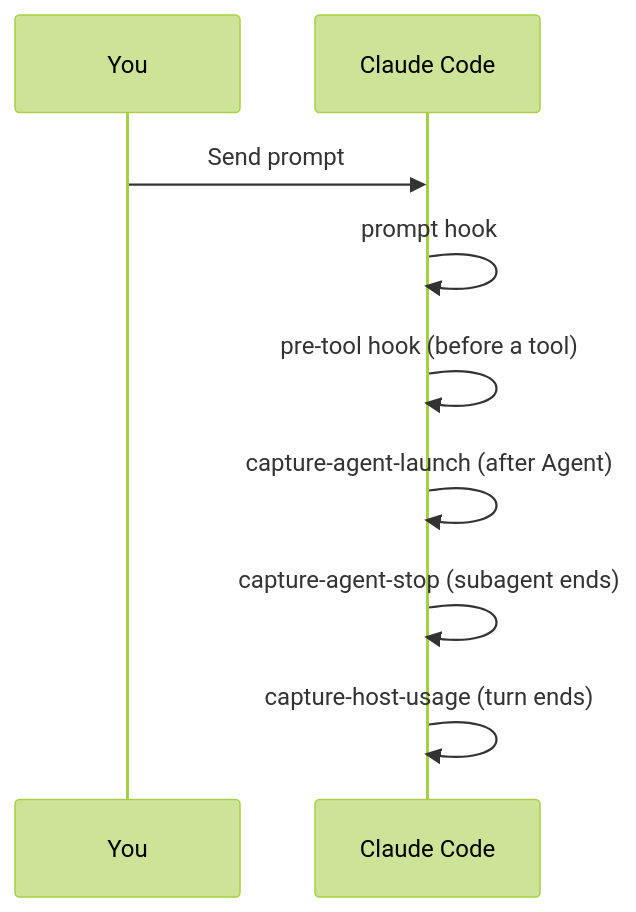
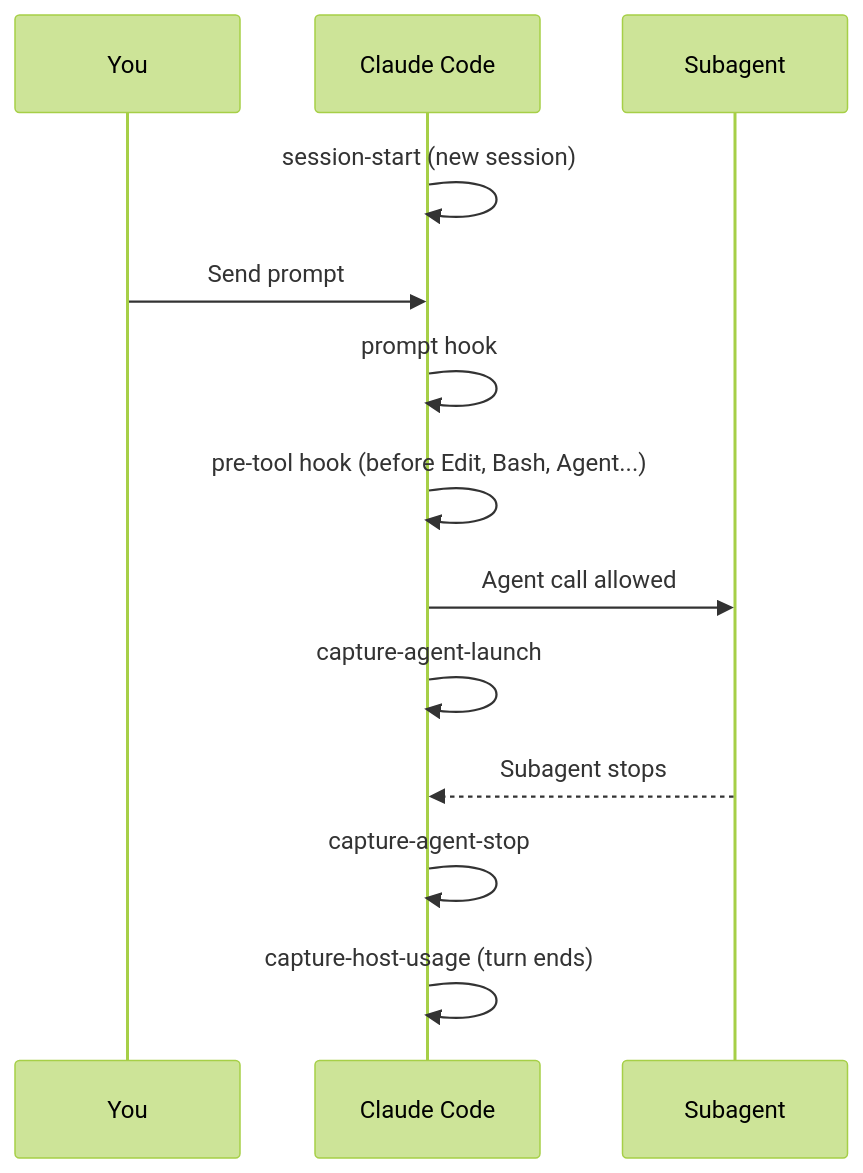
Before and after one commit to iha2/superlite: the diagram in src/content/docs/reference/hooks.md, drawn with Mermaid (forest theme). The commit also changed other lines of this file and 60 other files, not shown here.

````diff
--- a/src/content/docs/reference/hooks.md
+++ b/src/content/docs/reference/hooks.md
@@ -8,11 +12,15 @@
 ```mermaid
 sequenceDiagram
   participant You
   participant Host as Claude Code
+  participant Agent as Subagent
+  Host->>Host: session-start (new session)
   You->>Host: Send prompt
   Host->>Host: prompt hook
-  Host->>Host: pre-tool hook (before a tool)
-  Host->>Host: capture-agent-launch (after Agent)
-  Host->>Host: capture-agent-stop (subagent ends)
+  Host->>Host: pre-tool hook (before Edit, Bash, Agent...)
+  Host->>Agent: Agent call allowed
+  Host->>Host: capture-agent-launch
+  Agent-->>Host: Subagent stops
+  Host->>Host: capture-agent-stop
   Host->>Host: capture-host-usage (turn ends)
 ```
````
